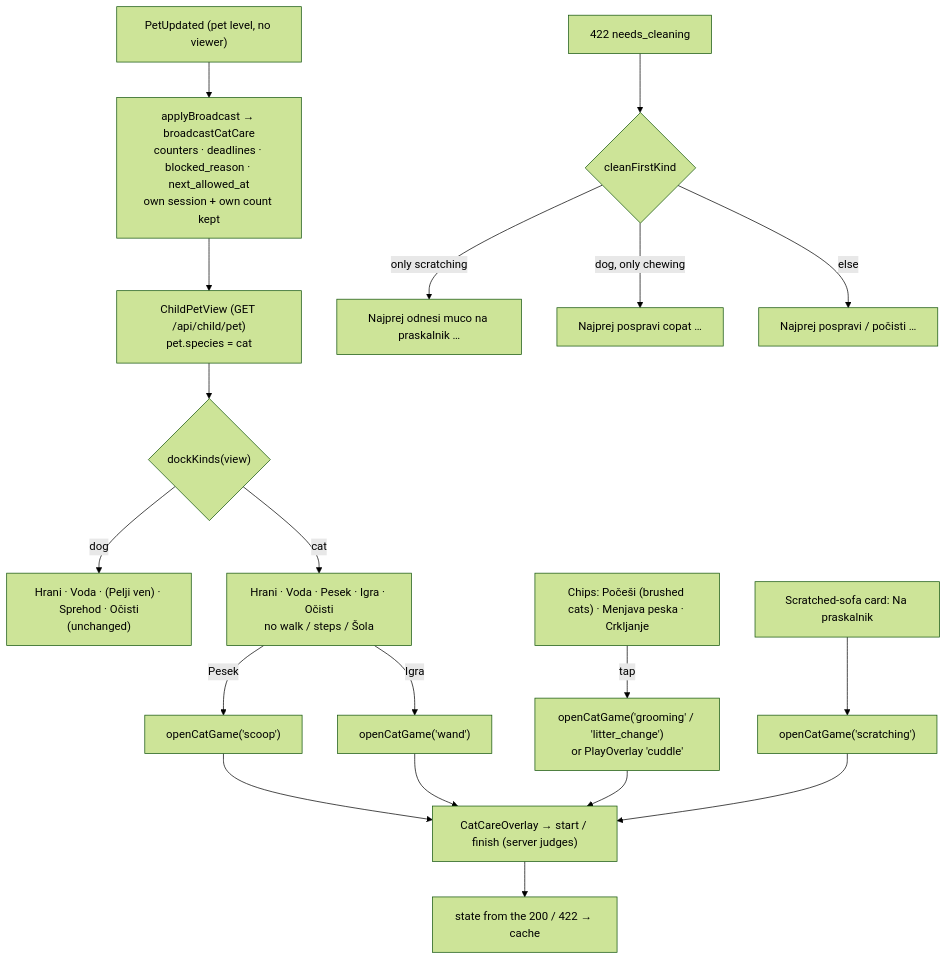
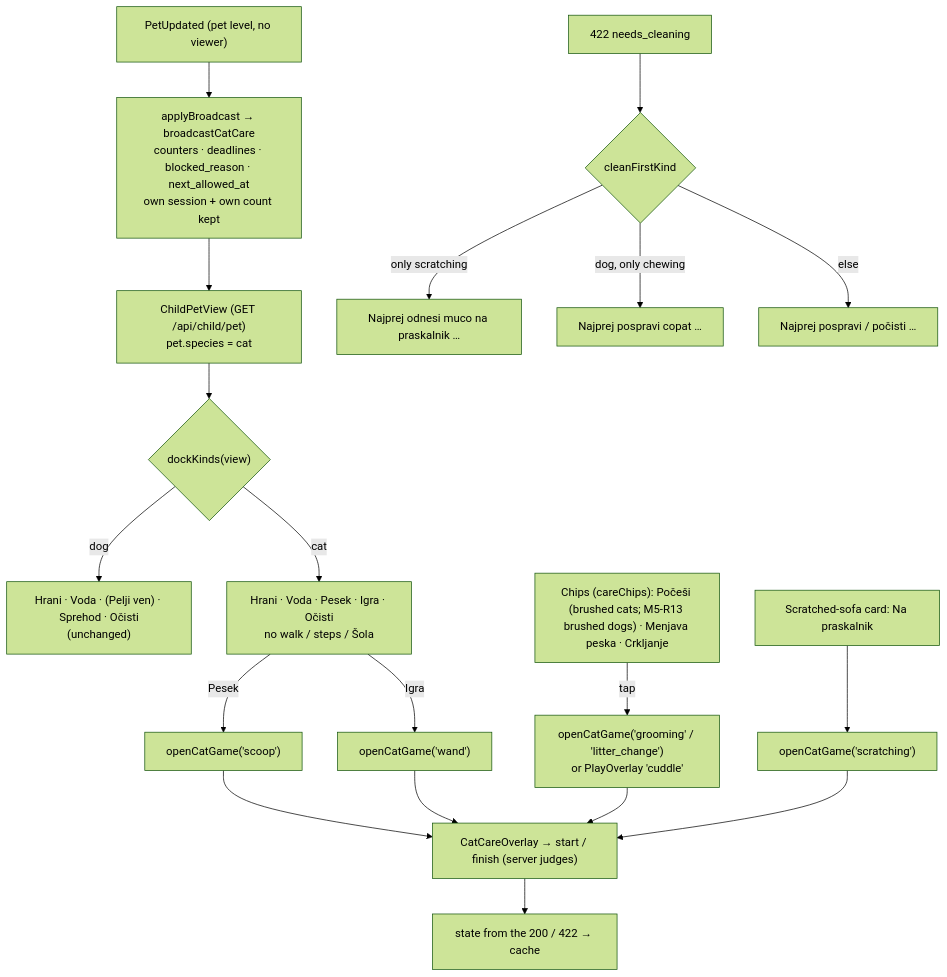
Diagram 27 of 54 in docs/engineering/DIAGRAMS.md (DataVallis/pet-prep), drawn with Mermaid (forest theme) before and after one commit. The commit also changed other lines of this file and 10 other files, not shown here.

````diff
--- a/docs/engineering/DIAGRAMS.md
+++ b/docs/engineering/DIAGRAMS.md
@@ -731,18 +733,18 @@
 ```mermaid
 flowchart TD
   V["ChildPetView (GET /api/child/pet)<br/>pet.species = cat"] --> K{"dockKinds(view)"}
   K -->|dog| DD["Hrani · Voda · (Pelji ven) · Sprehod · Očisti<br/>(unchanged)"]
   K -->|cat| CD["Hrani · Voda · Pesek · Igra · Očisti<br/>no walk / steps / Šola"]
   CD -->|Pesek| O1["openCatGame('scoop')"]
   CD -->|Igra| O2["openCatGame('wand')"]
-  CH["Chips: Počeši (brushed cats) · Menjava peska · Crkljanje"] -->|tap| O3["openCatGame('grooming' / 'litter_change')<br/>or PlayOverlay 'cuddle'"]
+  CH["Chips (careChips): Počeši (brushed cats; M5-R13 brushed dogs) · Menjava peska · Crkljanje"] -->|tap| O3["openCatGame('grooming' / 'litter_change')<br/>or PlayOverlay 'cuddle'"]
   SC["Scratched-sofa card: Na praskalnik"] --> O4["openCatGame('scratching')"]
   O1 & O2 & O3 & O4 --> OV["CatCareOverlay → start / finish (server judges)"]
   OV --> ST["state from the 200 / 422 → cache"]
   B["PetUpdated (pet level, no viewer)"] --> BC["applyBroadcast → broadcastCatCare<br/>counters · deadlines · blocked_reason · next_allowed_at<br/>own session + own count kept"]
   BC --> V
   R["422 needs_cleaning"] --> M{"cleanFirstKind"}
   M -->|only scratching| T1["Najprej odnesi muco na praskalnik …"]
   M -->|dog, only chewing| T2["Najprej pospravi copat …"]
   M -->|else| T3["Najprej pospravi / počisti …"]
 ```
````
